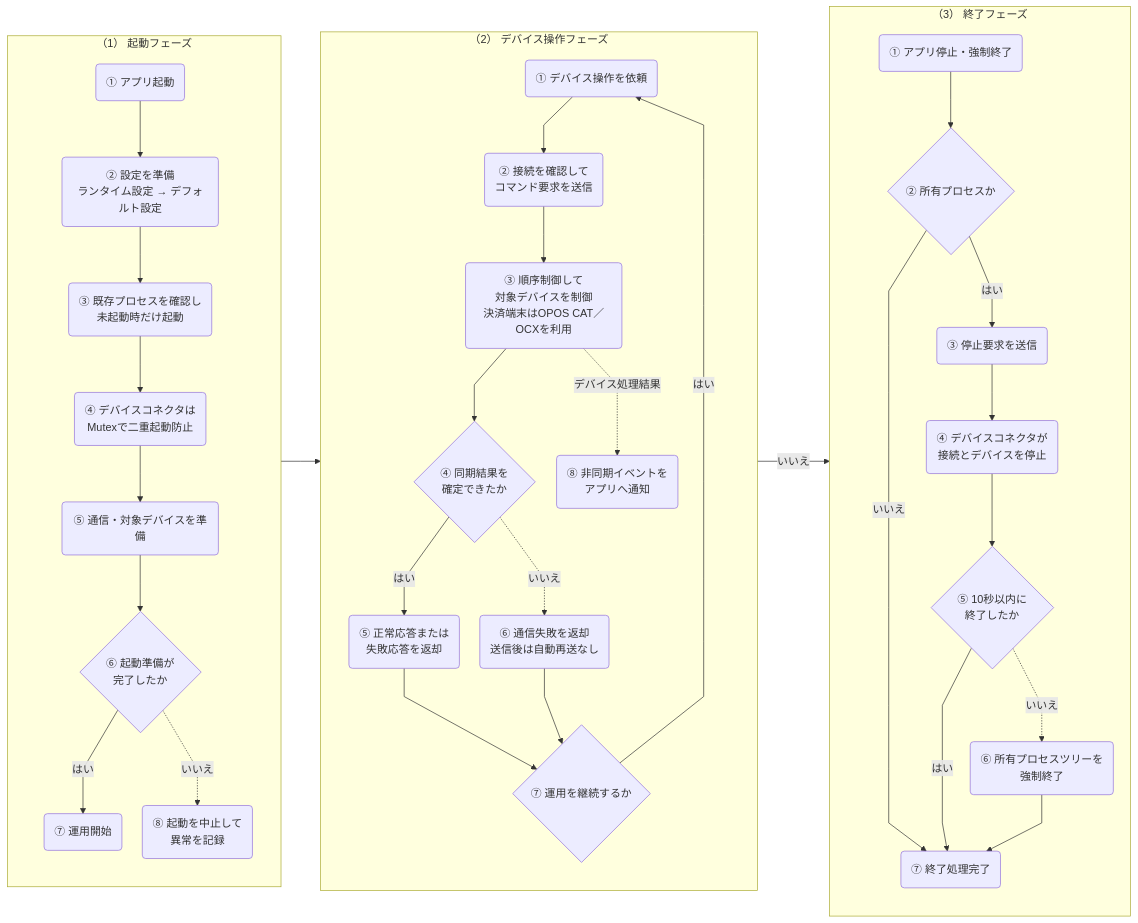
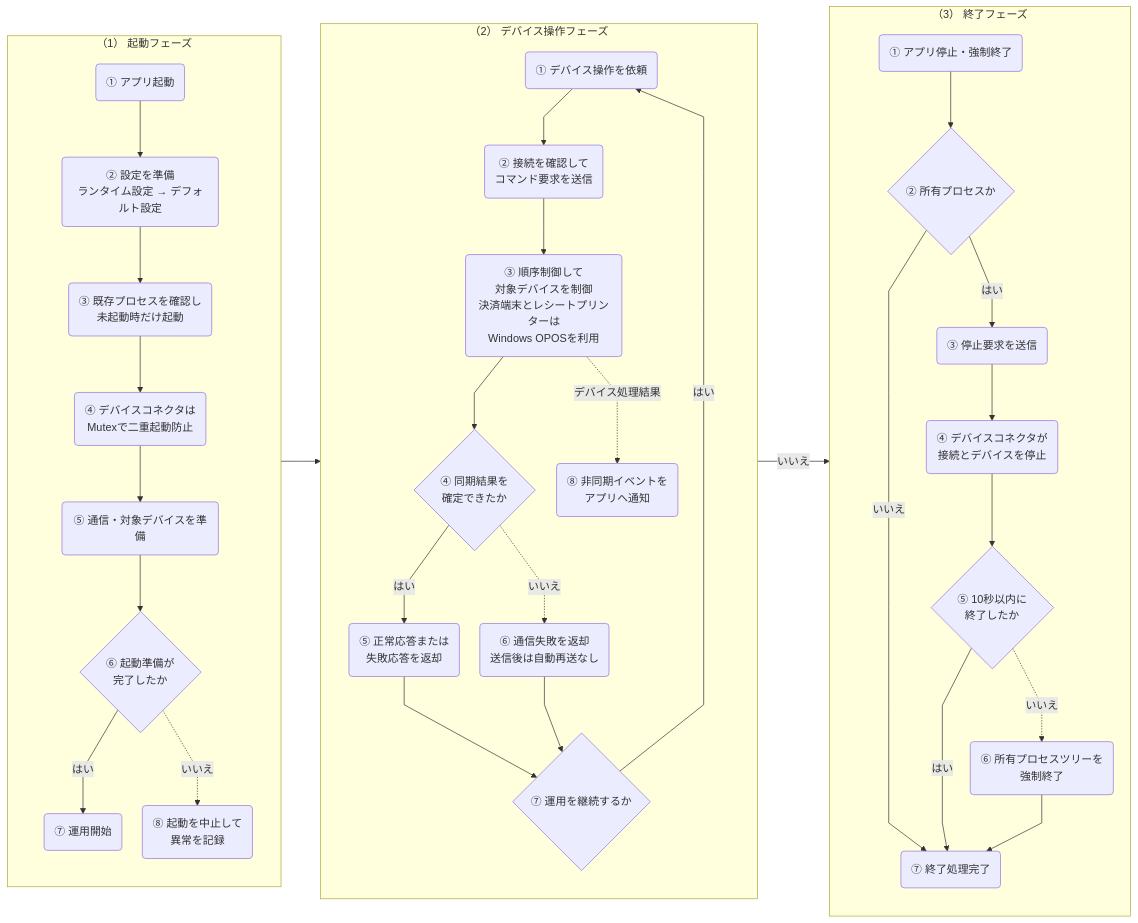
The third of 3 diagrams in artifacts/reports/architecture/ARCH-HOST-01_タブレットPOS_デバイスコネクタ基本設計書/ARCH-HOST-01_タブレットPOS_デバイスコネクタ基本設計書.md (vti-sam/smj-ks-pos-stored), drawn with Mermaid before and after one commit. The commit also changed other lines of this file and 111 other files, not shown here.

````diff
--- a/artifacts/reports/architecture/ARCH-HOST-01_タブレットPOS_デバイスコネクタ基本設計書/ARCH-HOST-01_タブレットPOS_デバイスコネクタ基本設計書.md
+++ b/artifacts/reports/architecture/ARCH-HOST-01_タブレットPOS_デバイスコネクタ基本設計書/ARCH-HOST-01_タブレットPOS_デバイスコネクタ基本設計書.md
@@ -439,5 +465,6 @@
 ```mermaid
 %%{init: {"flowchart": {"defaultRenderer": "dagre", "curve": "linear", "nodeSpacing": 30, "rankSpacing": 58}}}%%
+%% diagram-profile=operational-scenario
 flowchart LR
     %% legend-bind container=運用フェーズ
     %% legend-bind class.app=アプリケーション層
@@ -484,7 +511,7 @@
         direction TB
         O1("① デバイス操作を依頼")
         O2("② 接続を確認して<br/>コマンド要求を送信")
-        O3("③ 順序制御して<br/>対象デバイスを制御<br/>決済端末はOPOS CAT／OCXを利用")
+        O3("③ 順序制御して<br/>対象デバイスを制御<br/>決済端末とレシートプリンターは<br/>Windows OPOSを利用")
         O4{"④ 同期結果を<br/>確定できたか"}
         O5("⑤ 正常応答または<br/>失敗応答を返却")
         COMM_ERROR("⑥ 通信失敗を返却<br/>送信後は自動再送なし")
````
